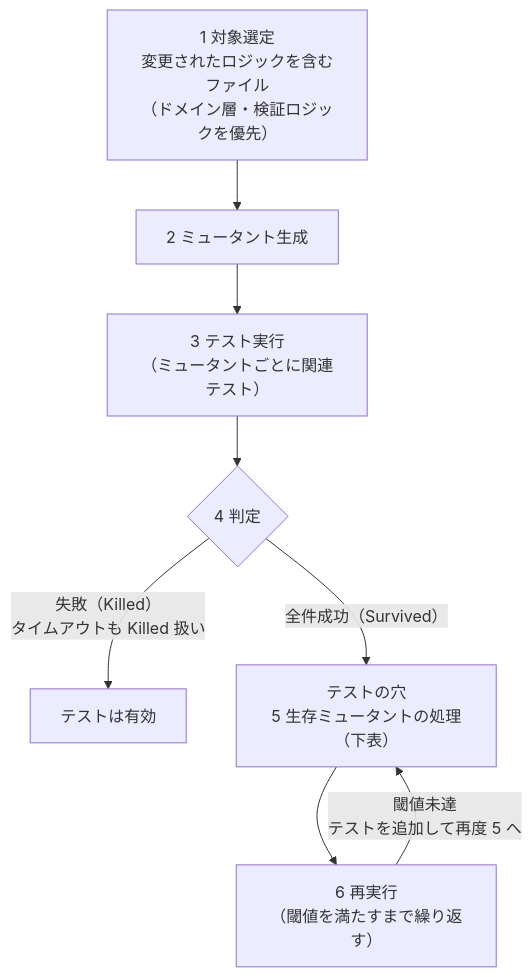
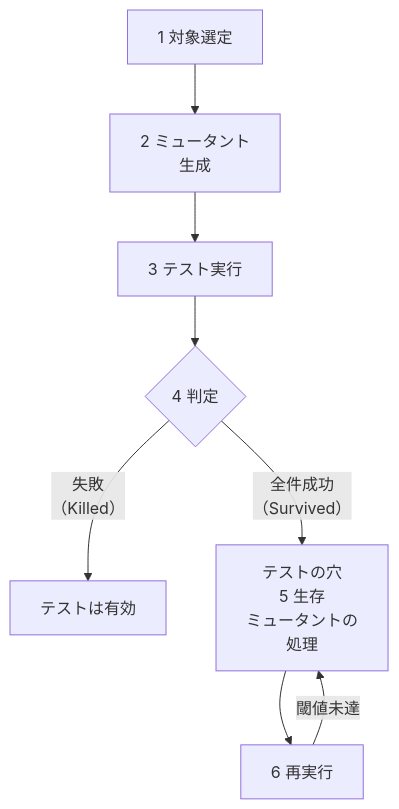
Before and after one commit to toshio-shiratori/harness-test-strategy: the second of 2 diagrams in docs/testing/02b-execution-and-mutation.md, drawn with Mermaid. The commit also changed other lines of this file and 5 other files, not shown here.

First line of the commit message:
docs: docs/testing の図で、ノード内の文字が GitHub 上で語の途中で折り返すのを直す (#210) (#220)

````diff
--- a/docs/testing/02b-execution-and-mutation.md
+++ b/docs/testing/02b-execution-and-mutation.md
@@ -98,10 +99,10 @@
 ```mermaid
 flowchart TD
-  A["1 対象選定<br/>変更されたロジックを含むファイル<br/>（ドメイン層・検証ロジックを優先）"] --> B["2 ミュータント生成"]
-  B --> C["3 テスト実行<br/>（ミュータントごとに関連テスト）"]
+  A["1 対象選定"] --> B["2 ミュータント<br/>生成"]
+  B --> C["3 テスト実行"]
   C --> D{"4 判定"}
-  D -->|"失敗（Killed）<br/>タイムアウトも Killed 扱い"| E["テストは有効"]
-  D -->|"全件成功（Survived）"| F["テストの穴<br/>5 生存ミュータントの処理（下表）"]
-  F --> G["6 再実行<br/>（閾値を満たすまで繰り返す）"]
-  G -->|"閾値未達<br/>テストを追加して再度 5 へ"| F
+  D -->|"失敗<br/>（Killed）"| E["テストは有効"]
+  D -->|"全件成功<br/>（Survived）"| F["テストの穴<br/>5 生存<br/>ミュータントの<br/>処理"]
+  F --> G["6 再実行"]
+  G -->|"閾値未達"| F
 ```
````
